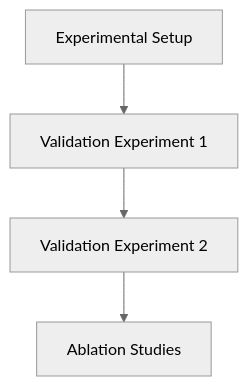
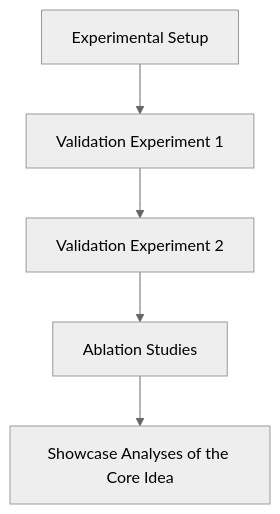
Before and after one commit to wwy155/Research-Paper-Writing-Skills-Enhanced: the second of 2 diagrams in research-paper-writing/references/experiments.md, drawn with Mermaid (neutral theme). The commit also changed other lines of this file and 7 other files, not shown here.

````diff
--- a/research-paper-writing/references/experiments.md
+++ b/research-paper-writing/references/experiments.md
@@ -112,6 +115,7 @@
 ```mermaid
 flowchart TB
     S1["Experimental Setup"] --> S2["Validation Experiment 1"]
     S2 --> S3["Validation Experiment 2"]
     S3 --> S4["Ablation Studies"]
+    S4 --> S5["Showcase Analyses of the Core Idea"]
 ```
````
